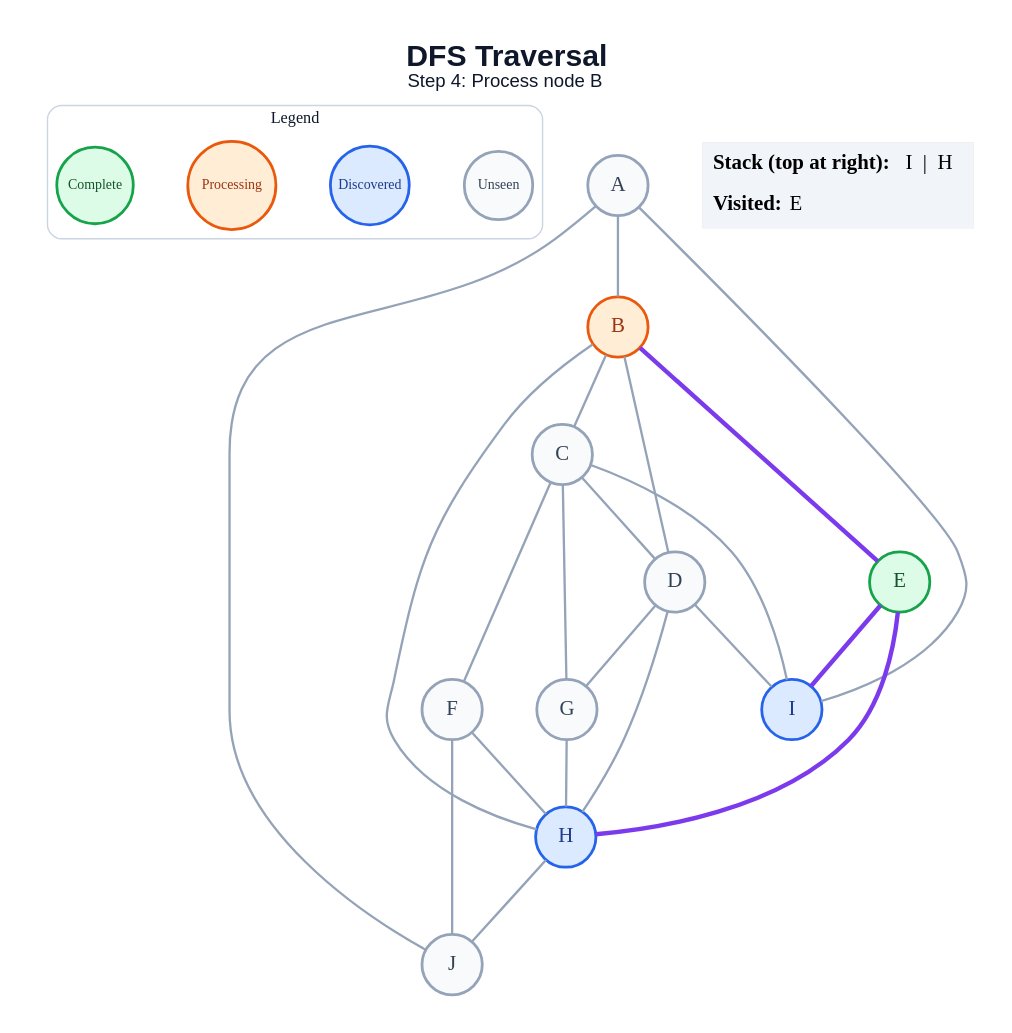
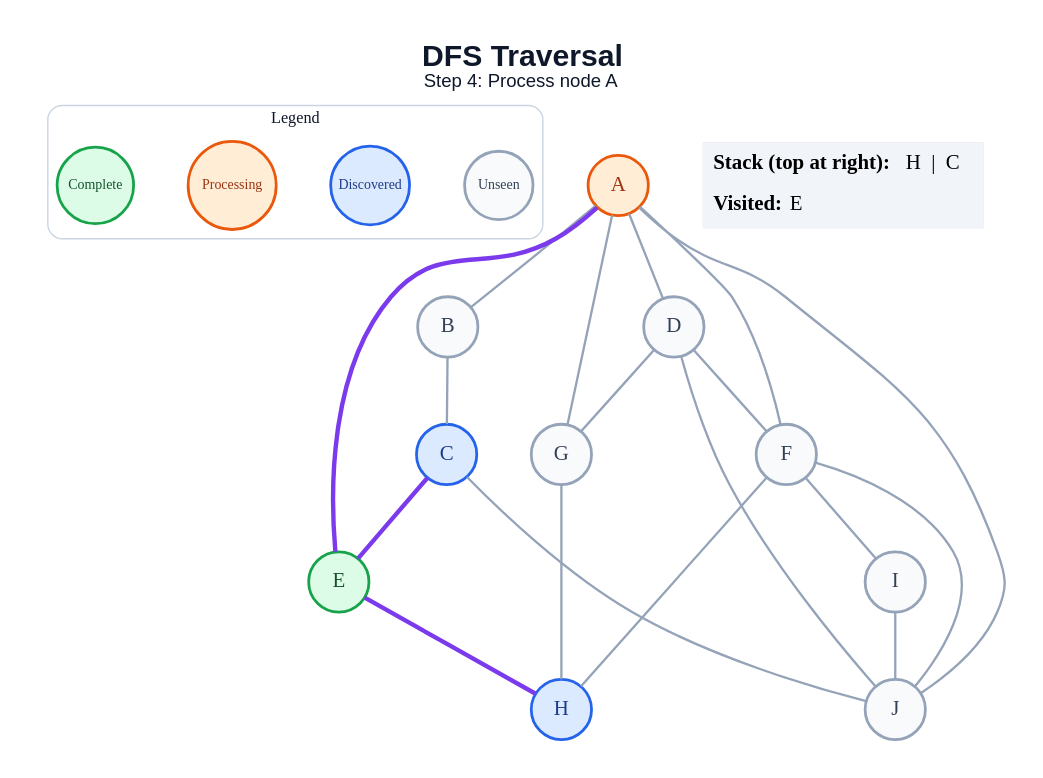
One commit to amanghodawala9/ai-slop changed the diagram in generated/specific-node/dfs/step_04.dot. Above: the diagram before and after it, drawn with Graphviz. The commit also changed 178 other files, not shown here.

```diff
--- a/generated/specific-node/dfs/step_04.dot
+++ b/generated/specific-node/dfs/step_04.dot
@@ -1,49 +1,47 @@
 graph traversal {
   graph [layout=dot, rankdir=TB, bgcolor="#FFFFFF", pad="0.35", nodesep="0.65", ranksep="0.8", fontname="Arial"];
   node [shape=circle, style="filled", fontname="Arial Bold", fontsize=18, width=0.72, fixedsize=true, penwidth=2.4];
   edge [color="#94A3B8", penwidth=2.0];
-  label=<<B>DFS Traversal</B><BR/><FONT POINT-SIZE="16">Step 4: Process node B</FONT>>; labelloc="t"; fontsize=26; fontname="Arial"; fontcolor="#0F172A";
+  label=<<B>DFS Traversal</B><BR/><FONT POINT-SIZE="16">Step 4: Process node A</FONT>>; labelloc="t"; fontsize=26; fontname="Arial"; fontcolor="#0F172A";
   subgraph cluster_legend { label="Legend"; color="#CBD5E1"; penwidth=1.2; style="rounded"; fontsize=14; fontname="Arial Bold";
     key_unseen [label="Unseen", fillcolor="#F8FAFC", color="#94A3B8", fontcolor="#334155", fontsize=12, width=0.82];
     key_frontier [label="Discovered", fillcolor="#DBEAFE", color="#2563EB", fontcolor="#1E3A8A", fontsize=12, width=0.95];
     key_current [label="Processing", fillcolor="#FFEDD5", color="#EA580C", fontcolor="#9A3412", fontsize=12, width=1.05];
     key_done [label="Complete", fillcolor="#DCFCE7", color="#16A34A", fontcolor="#14532D", fontsize=12, width=0.92];
     { rank=same; key_unseen; key_frontier; key_current; key_done; }
   }
-  A [fillcolor="#F8FAFC", color="#94A3B8", fontcolor="#334155"];
-  B [fillcolor="#FFEDD5", color="#EA580C", fontcolor="#9A3412"];
-  C [fillcolor="#F8FAFC", color="#94A3B8", fontcolor="#334155"];
+  A [fillcolor="#FFEDD5", color="#EA580C", fontcolor="#9A3412"];
+  B [fillcolor="#F8FAFC", color="#94A3B8", fontcolor="#334155"];
+  C [fillcolor="#DBEAFE", color="#2563EB", fontcolor="#1E3A8A"];
   D [fillcolor="#F8FAFC", color="#94A3B8", fontcolor="#334155"];
   E [fillcolor="#DCFCE7", color="#16A34A", fontcolor="#14532D"];
   F [fillcolor="#F8FAFC", color="#94A3B8", fontcolor="#334155"];
   G [fillcolor="#F8FAFC", color="#94A3B8", fontcolor="#334155"];
   H [fillcolor="#DBEAFE", color="#2563EB", fontcolor="#1E3A8A"];
-  I [fillcolor="#DBEAFE", color="#2563EB", fontcolor="#1E3A8A"];
+  I [fillcolor="#F8FAFC", color="#94A3B8", fontcolor="#334155"];
   J [fillcolor="#F8FAFC", color="#94A3B8", fontcolor="#334155"];
   A -- B;
-  A -- I;
+  A -- D;
+  A -- E [color="#7C3AED", penwidth=3.8];
+  A -- F;
+  A -- G;
   A -- J;
   B -- C;
-  B -- D;
-  B -- E [color="#7C3AED", penwidth=3.8];
-  B -- H;
-  C -- D;
-  C -- F;
-  C -- G;
-  C -- I;
+  C -- E [color="#7C3AED", penwidth=3.8];
+  C -- J;
+  D -- F;
   D -- G;
-  D -- H;
-  D -- I;
+  D -- J;
   E -- H [color="#7C3AED", penwidth=3.8];
-  E -- I [color="#7C3AED", penwidth=3.8];
   F -- H;
+  F -- I;
   F -- J;
   G -- H;
-  H -- J;
+  I -- J;
   status [shape=plain, fixedsize=false, width=0, height=0, margin=0, label=<
     <TABLE BORDER="0" CELLBORDER="0" CELLPADDING="7" BGCOLOR="#F1F5F9">
-      <TR><TD ALIGN="LEFT"><B>Stack (top at right):</B> I  |  H</TD></TR>
+      <TR><TD ALIGN="LEFT"><B>Stack (top at right):</B> H  |  C</TD></TR>
       <TR><TD ALIGN="LEFT"><B>Visited:</B> E</TD></TR>
     </TABLE>
   >];
 }
```
